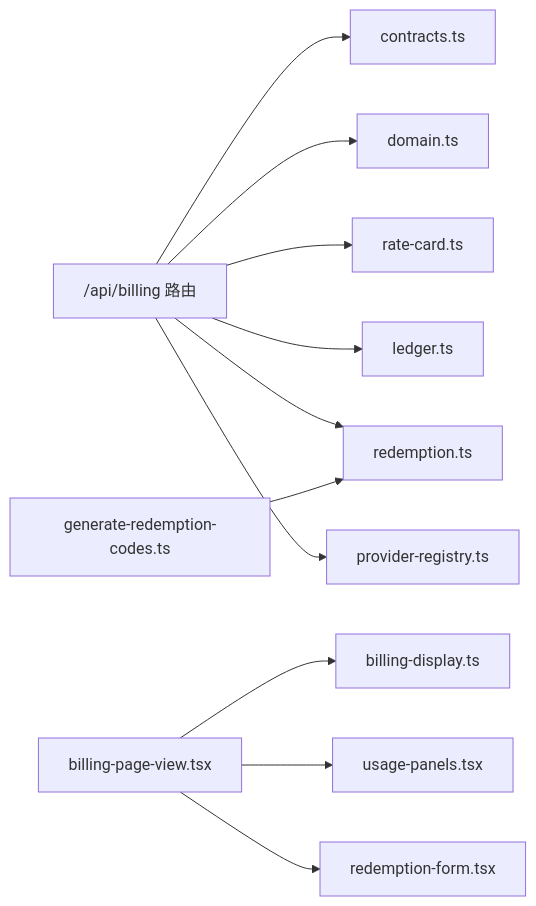
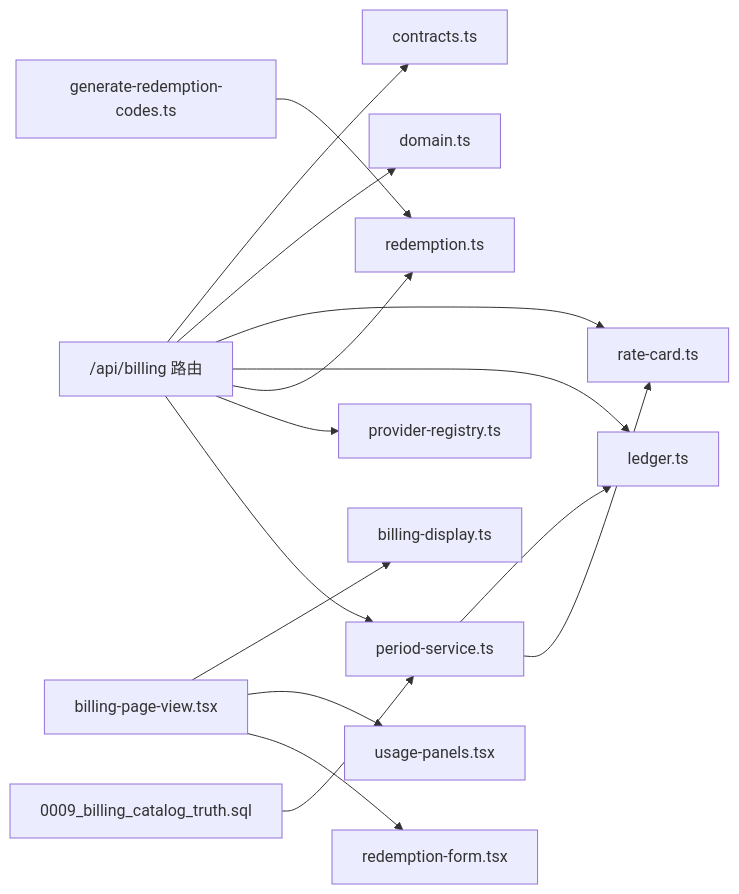
One commit to scottcwy/PurpleInk changed the third of 3 diagrams in .qoder/repowiki/zh/content/项目概述/计费配置/计费配置.md. Above: the diagram before and after it, drawn with Mermaid. The commit also changed other lines of this file and 48 other files, not shown here.

````diff
--- a/.qoder/repowiki/zh/content/项目概述/计费配置/计费配置.md
+++ b/.qoder/repowiki/zh/content/项目概述/计费配置/计费配置.md
@@ -320,13 +372,17 @@
 ```mermaid
 graph LR
 API["/api/billing 路由"] --> Contracts["contracts.ts"]
 API --> Domain["domain.ts"]
 API --> RateCard["rate-card.ts"]
 API --> Ledger["ledger.ts"]
 API --> Redemption["redemption.ts"]
 API --> ProviderRegistry["provider-registry.ts"]
+API --> PeriodService["period-service.ts"]
 UI["billing-page-view.tsx"] --> BillingDisplay["billing-display.ts"]
 UI --> UsagePanels["usage-panels.tsx"]
 UI --> RedemptionForm["redemption-form.tsx"]
 Tools["generate-redemption-codes.ts"] --> Redemption
+DB["0009_billing_catalog_truth.sql"] --> PeriodService
+PeriodService --> Ledger
+PeriodService --> RateCard
 ```
````
